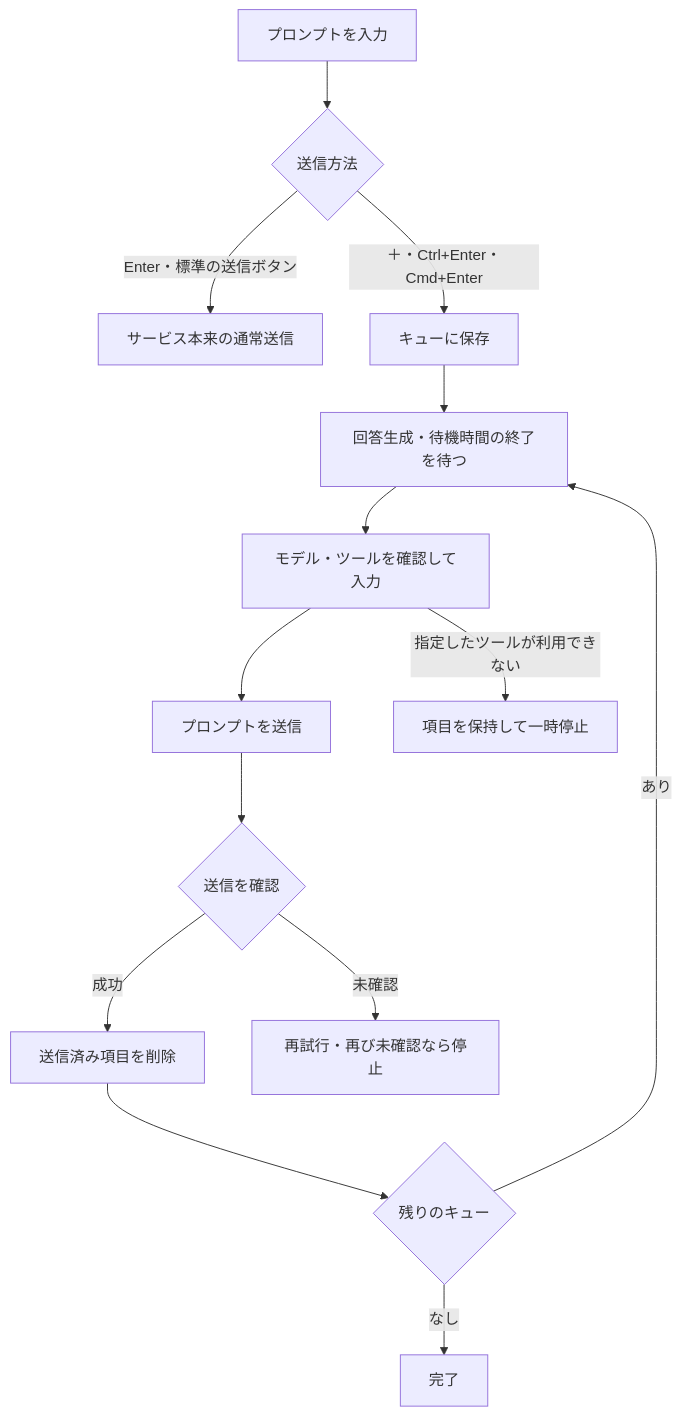
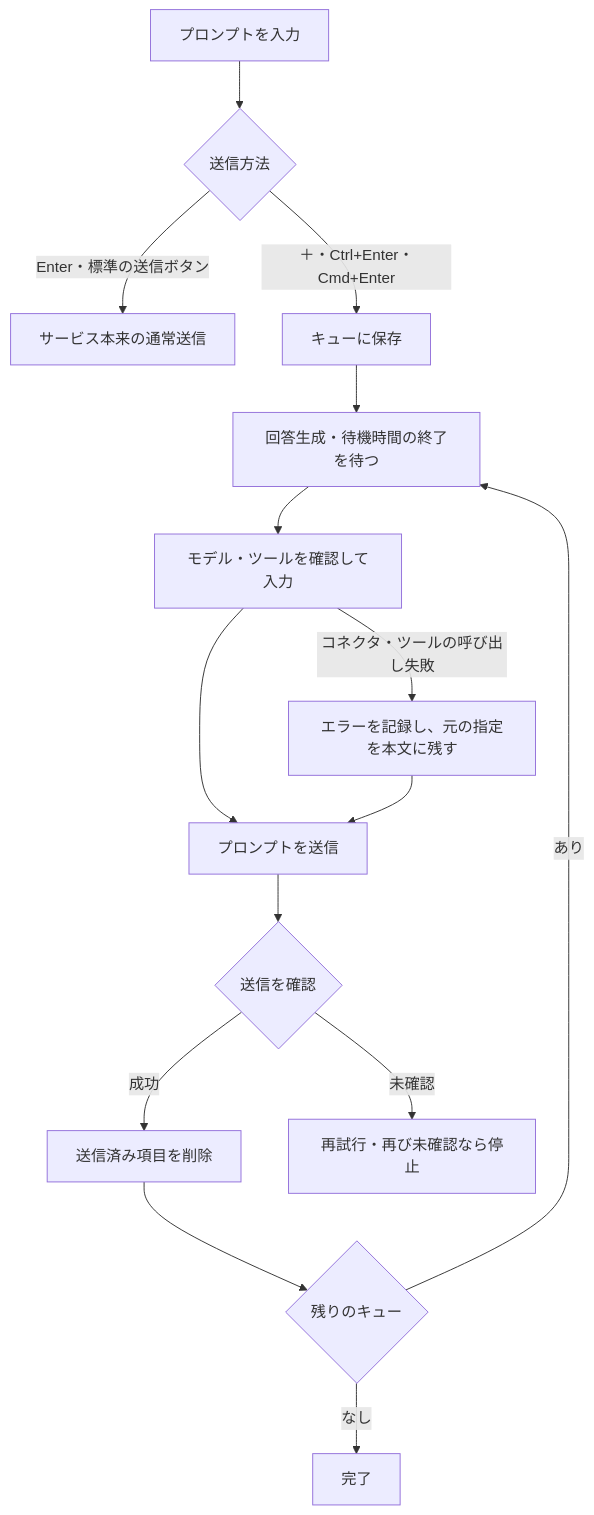
One commit to coroke3/chatgpt-queue changed the first of 4 diagrams in README.md. Above: the diagram before and after it, drawn with Mermaid. The commit also changed other lines of this file and 6 other files, not shown here.

````diff
--- a/README.md
+++ b/README.md
@@ -53,16 +53,17 @@
 ```mermaid
 flowchart TD
     A[プロンプトを入力] --> B{送信方法}
     B -->|Enter・標準の送信ボタン| C[サービス本来の通常送信]
     B -->|＋・Ctrl+Enter・Cmd+Enter| D[キューに保存]
     D --> E[回答生成・待機時間の終了を待つ]
     E --> F[モデル・ツールを確認して入力]
     F --> S[プロンプトを送信]
     S --> G{送信を確認}
     G -->|成功| H[送信済み項目を削除]
     H --> J{残りのキュー}
     J -->|あり| E
     J -->|なし| K[完了]
     G -->|未確認| L[再試行・再び未確認なら停止]
-    F -->|指定したツールが利用できない| I[項目を保持して一時停止]
+    F -->|コネクタ・ツールの呼び出し失敗| I[エラーを記録し、元の指定を本文に残す]
+    I --> S
 ```
````
